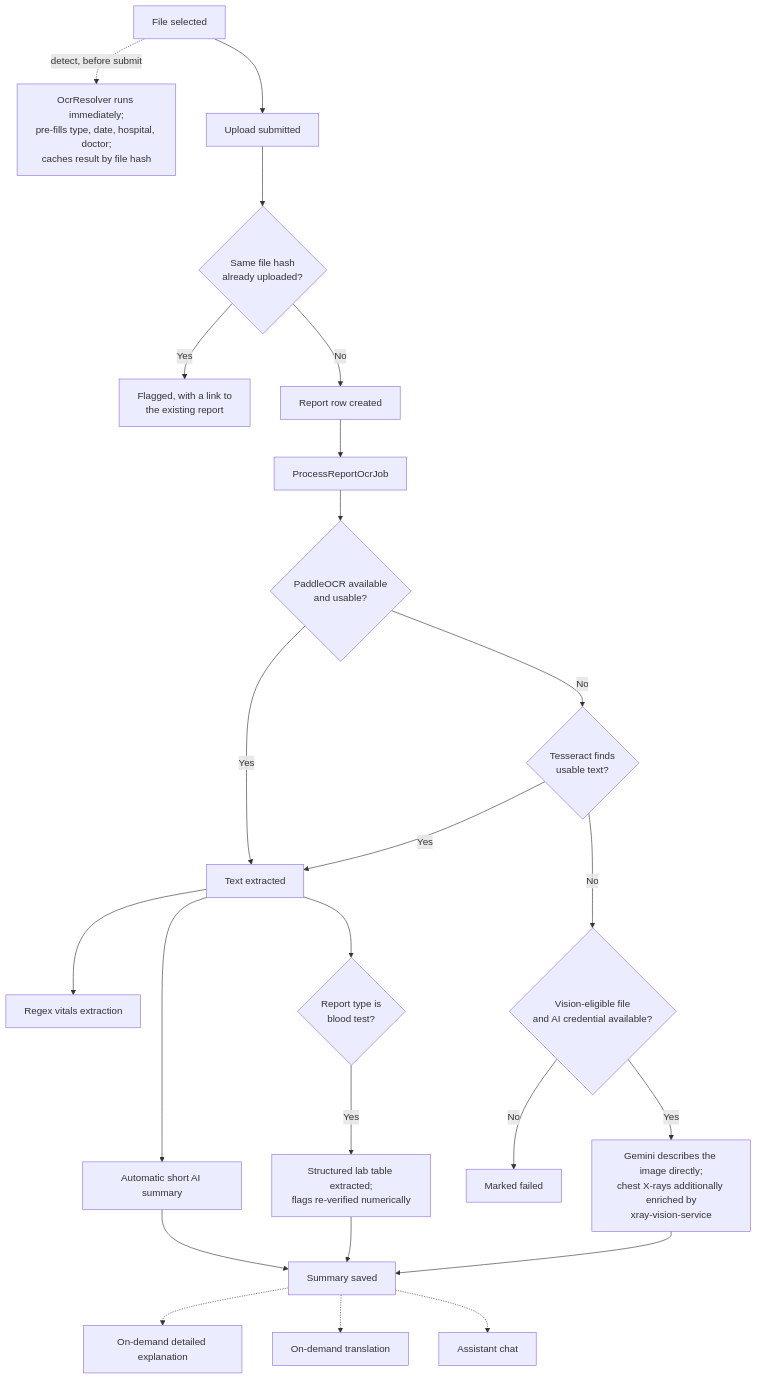
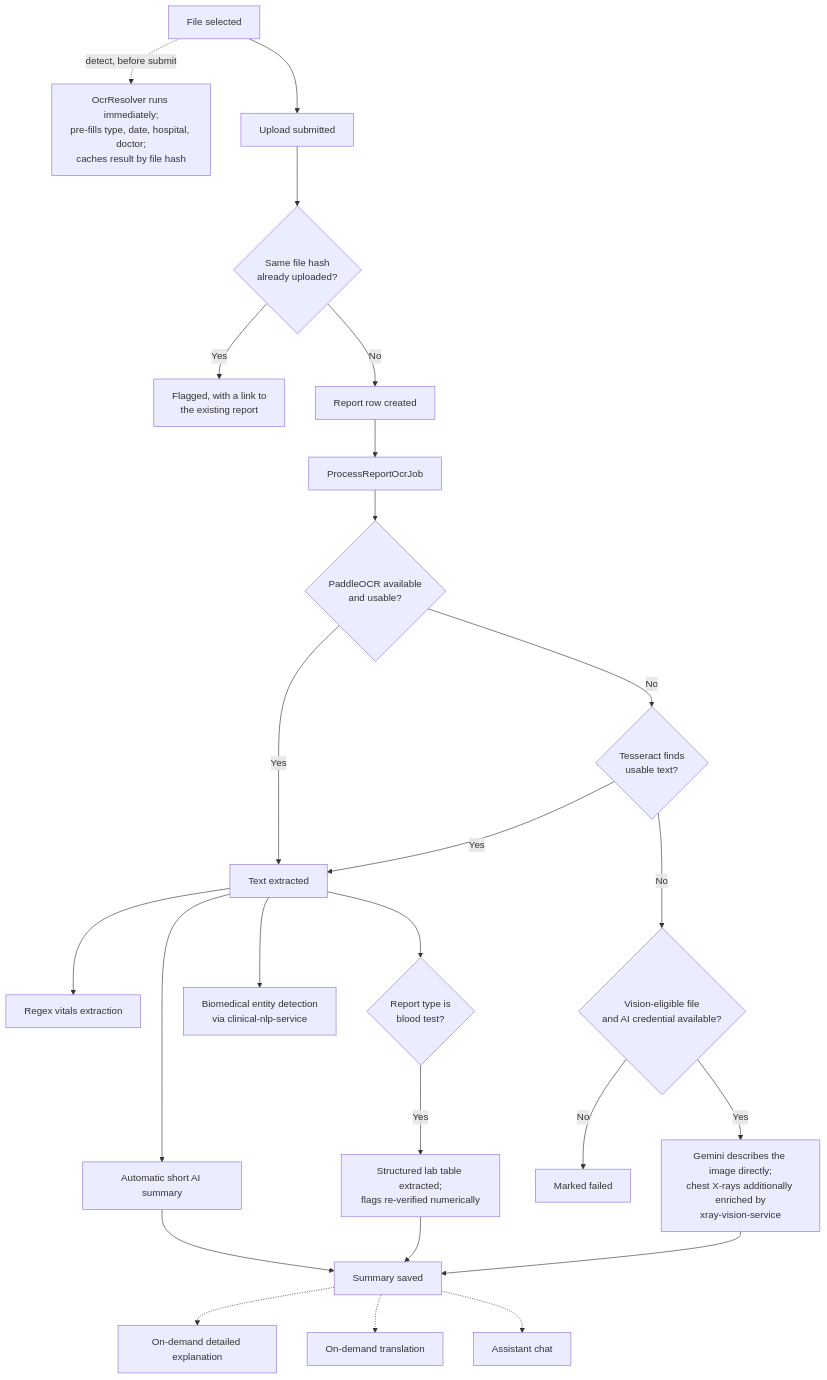
The second of 2 diagrams in README.md (neevmodh/NivayaLife), drawn with Mermaid before and after one commit. The commit also changed other lines of this file, not shown here.

First line of the commit message:
Expand README with tech badges, microservice architecture, and full Python dependency detail

````diff
--- a/README.md
+++ b/README.md
@@ -105,42 +221,44 @@
 ```mermaid
 flowchart TD
     Select["File selected"] -.->|detect, before submit| Detect["OcrResolver runs immediately;
 pre-fills type, date, hospital, doctor;
 caches result by file hash"]
 
     Select --> Submit["Upload submitted"]
     Submit --> Dup{"Same file hash
 already uploaded?"}
     Dup -->|Yes| Warn["Flagged, with a link to
 the existing report"]
     Dup -->|No| R["Report row created"]
     R --> Job["ProcessReportOcrJob"]
 
     Job --> Paddle{"PaddleOCR available
 and usable?"}
     Paddle -->|Yes| Text["Text extracted"]
     Paddle -->|No| Tess{"Tesseract finds
 usable text?"}
     Tess -->|Yes| Text
     Tess -->|No| Vision{"Vision-eligible file
 and AI credential available?"}
     Vision -->|No| Failed["Marked failed"]
     Vision -->|Yes| Describe["Gemini describes the image directly;
 chest X-rays additionally enriched by
 xray-vision-service"]
 
     Text --> Metrics["Regex vitals extraction"]
     Text --> Summary["Automatic short AI summary"]
+    Text --> Entities["Biomedical entity detection
+via clinical-nlp-service"]
     Text --> LabCheck{"Report type is
 blood test?"}
     LabCheck -->|Yes| Lab["Structured lab table extracted;
 flags re-verified numerically"]
 
     Describe --> Done["Summary saved"]
     Summary --> Done
     Lab --> Done
 
     Done -.-> Detail["On-demand detailed explanation"]
     Done -.-> Translate["On-demand translation"]
     Done -.-> Chat["Assistant chat"]
 ```
````
